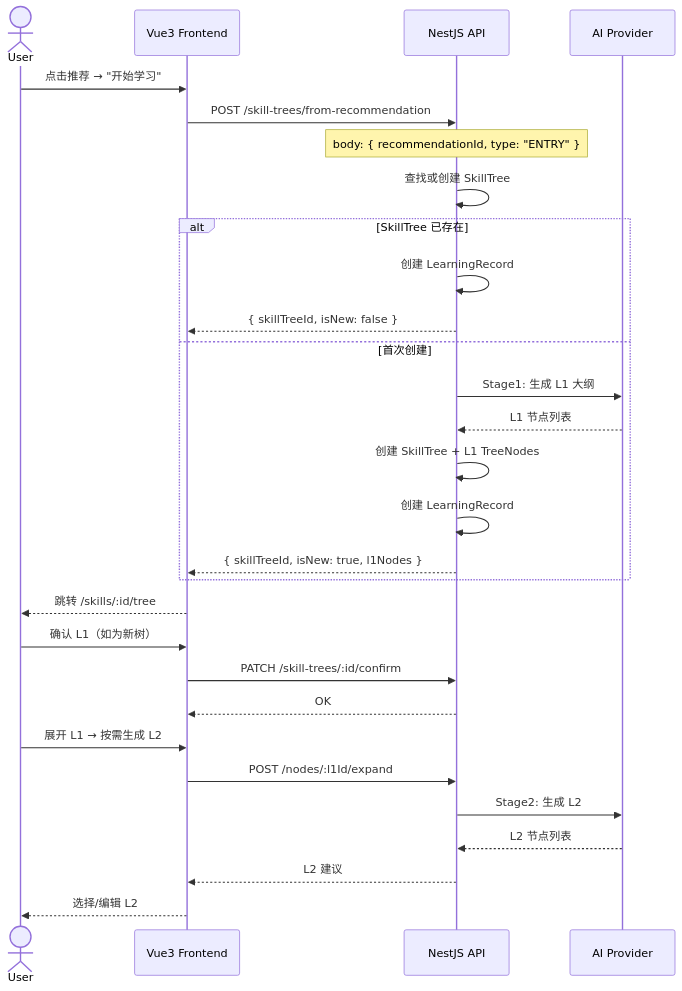
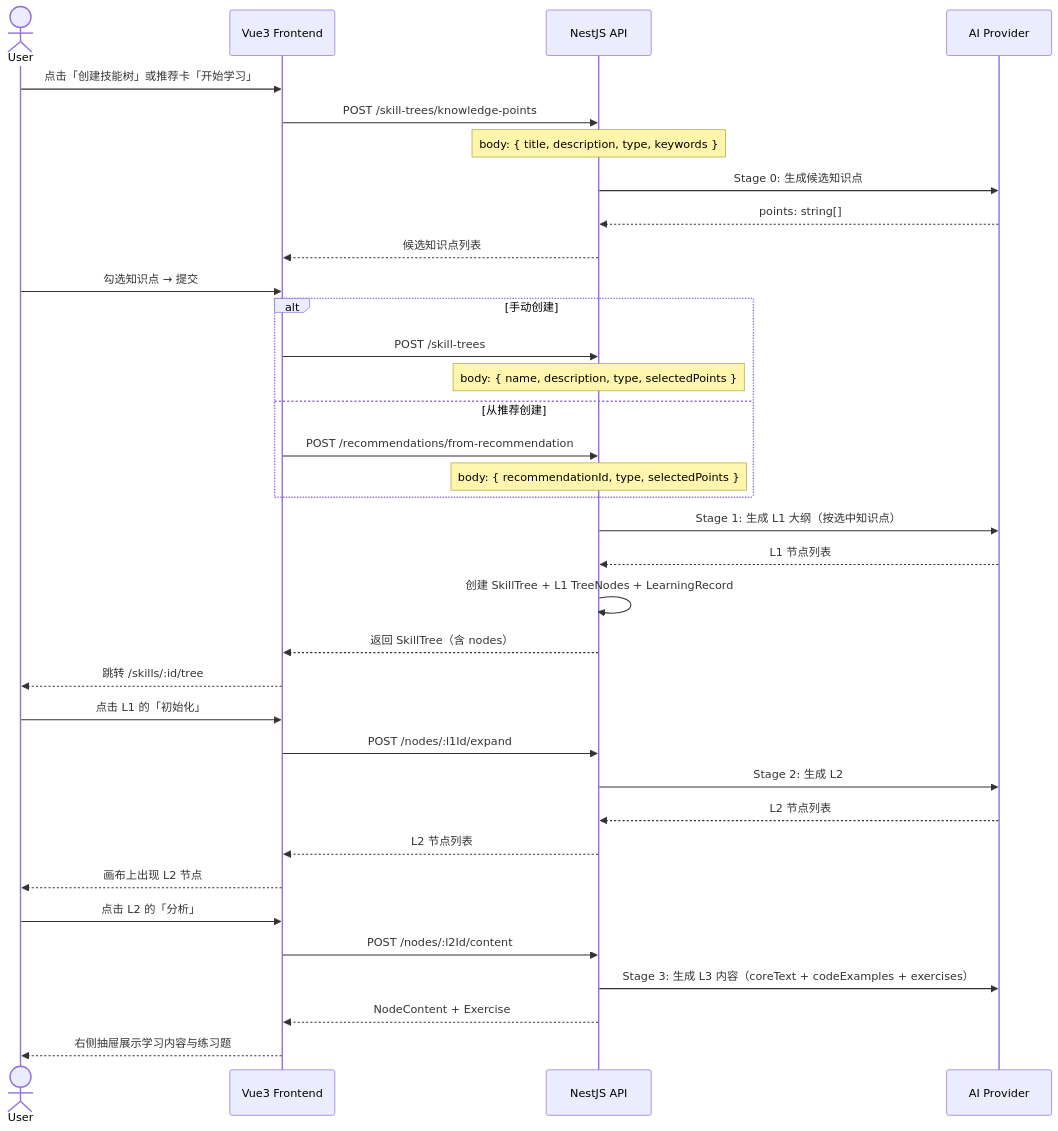
One commit to SatomiKazeHiro/cogin-tree changed the seventh of 7 diagrams in docs/系统架构设计.md. Above: the diagram before and after it, drawn with Mermaid. The commit also changed other lines of this file and 2 other files, not shown here.

````diff
--- a/docs/系统架构设计.md
+++ b/docs/系统架构设计.md
@@ -604,34 +630,42 @@
 ```mermaid
 sequenceDiagram
     actor User
     participant Web as Vue3 Frontend
     participant API as NestJS API
     participant AI as AI Provider
 
-    User->>Web: 点击推荐 → "开始学习"
-    Web->>API: POST /skill-trees/from-recommendation
-    Note over API: body: { recommendationId, type: "ENTRY" }
+    User->>Web: 点击「创建技能树」或推荐卡「开始学习」
+    Web->>API: POST /skill-trees/knowledge-points
+    Note over API: body: { title, description, type, keywords }
+    API->>AI: Stage 0: 生成候选知识点
+    AI-->>API: points: string[]
+    API-->>Web: 候选知识点列表
 
-    API->>API: 查找或创建 SkillTree
-    alt SkillTree 已存在
-        API->>API: 创建 LearningRecord
-        API-->>Web: { skillTreeId, isNew: false }
-    else 首次创建
-        API->>AI: Stage1: 生成 L1 大纲
-        AI-->>API: L1 节点列表
-        API->>API: 创建 SkillTree + L1 TreeNodes
-        API->>API: 创建 LearningRecord
-        API-->>Web: { skillTreeId, isNew: true, l1Nodes }
+    User->>Web: 勾选知识点 → 提交
+    alt 手动创建
+        Web->>API: POST /skill-trees
+        Note over API: body: { name, description, type, selectedPoints }
+    else 从推荐创建
+        Web->>API: POST /recommendations/from-recommendation
+        Note over API: body: { recommendationId, type, selectedPoints }
     end
 
+    API->>AI: Stage 1: 生成 L1 大纲（按选中知识点）
+    AI-->>API: L1 节点列表
+    API->>API: 创建 SkillTree + L1 TreeNodes + LearningRecord
+    API-->>Web: 返回 SkillTree（含 nodes）
     Web-->>User: 跳转 /skills/:id/tree
-    User->>Web: 确认 L1（如为新树）
-    Web->>API: PATCH /skill-trees/:id/confirm
-    API-->>Web: OK
-    User->>Web: 展开 L1 → 按需生成 L2
+
+    User->>Web: 点击 L1 的「初始化」
     Web->>API: POST /nodes/:l1Id/expand
-    API->>AI: Stage2: 生成 L2
+    API->>AI: Stage 2: 生成 L2
     AI-->>API: L2 节点列表
-    API-->>Web: L2 建议
-    Web-->>User: 选择/编辑 L2
+    API-->>Web: L2 节点列表
+    Web-->>User: 画布上出现 L2 节点
+
+    User->>Web: 点击 L2 的「分析」
+    Web->>API: POST /nodes/:l2Id/content
+    API->>AI: Stage 3: 生成 L3 内容（coreText + codeExamples + exercises）
+    API-->>Web: NodeContent + Exercise
+    Web-->>User: 右侧抽屉展示学习内容与练习题
 ```
````
